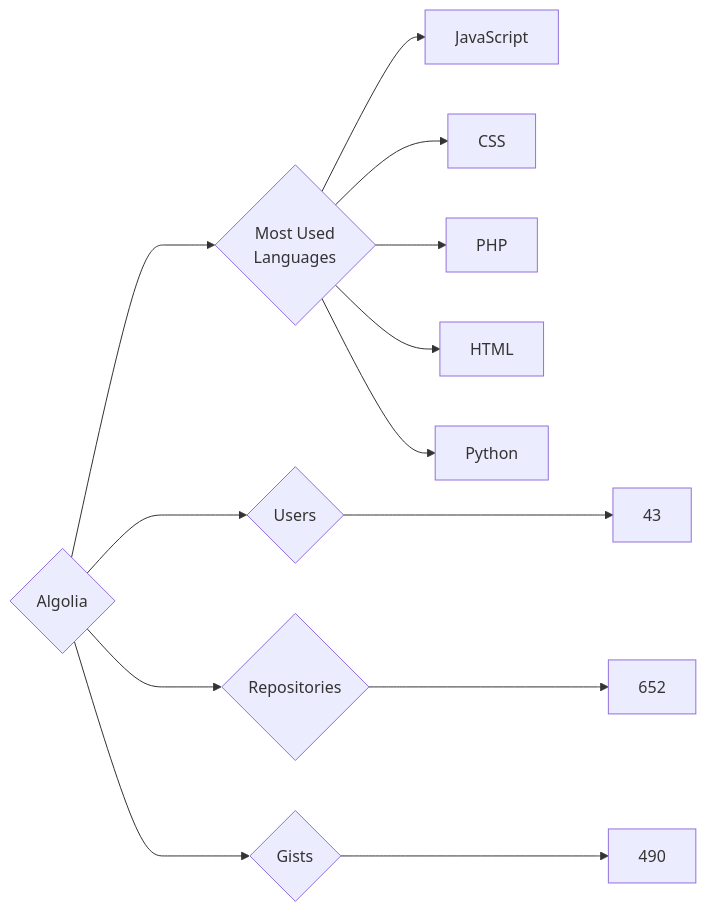
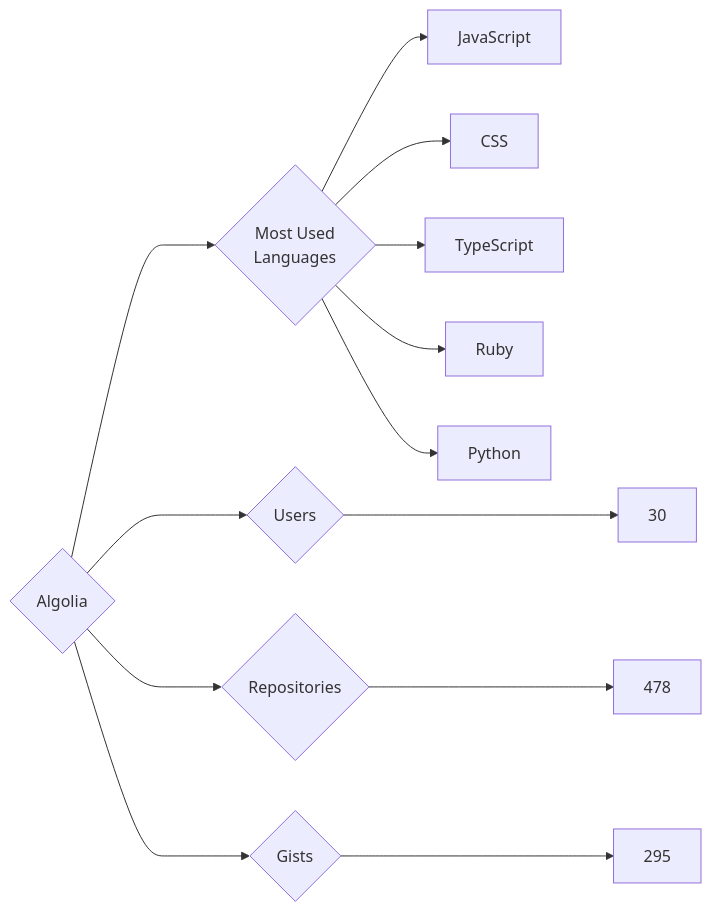
The diagram in targets/Algolia/README.md (trickest/insiders), drawn with Mermaid before and after one commit. The commit also changed 772 other files, not shown here.

````diff
--- a/targets/Algolia/README.md
+++ b/targets/Algolia/README.md
@@ -3,13 +3,13 @@
 ```mermaid
 graph LR
 COMPANY_NAME{Algolia}
-COMPANY_NAME ---> U{Users} ---> UN[43]
-COMPANY_NAME ---> R{Repositories} ---> RN[652]
-COMPANY_NAME ---> G{Gists} ---> GN[490]
+COMPANY_NAME ---> U{Users} ---> UN[30]
+COMPANY_NAME ---> R{Repositories} ---> RN[478]
+COMPANY_NAME ---> G{Gists} ---> GN[295]
 COMPANY_NAME ---> ML{Most Used<br>Languages}
 ML --> JavaScript[JavaScript]
 ML --> CSS[CSS]
-ML --> PHP[PHP]
-ML --> HTML[HTML]
+ML --> TypeScript[TypeScript]
+ML --> Ruby[Ruby]
 ML --> Python[Python]
 ```
````
